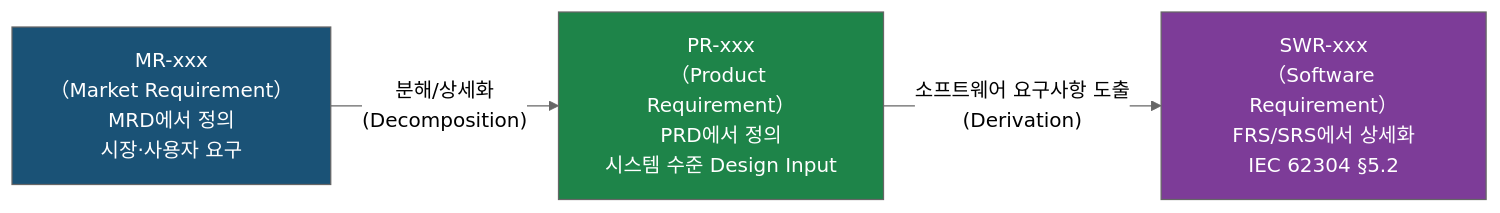
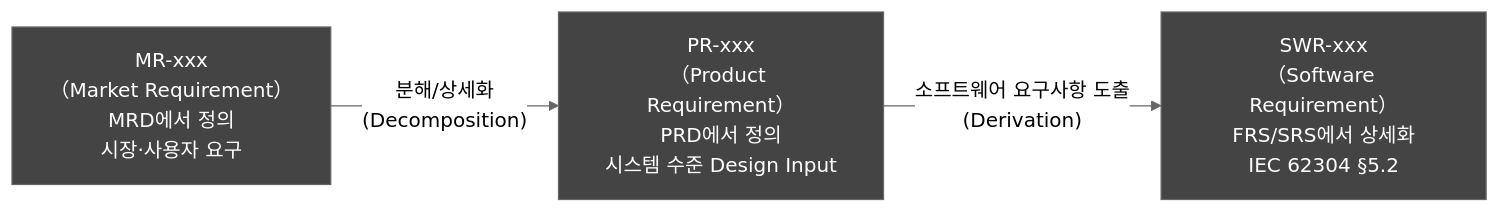
The first of 16 diagrams in docs/planning/DOC-002_PRD_v2.0.md (holee9/console-gui), drawn with Mermaid (neutral theme) before and after one commit. The commit also changed other lines of this file and 35 other files, not shown here.

First line of the commit message:
fix: 전체 Mermaid 차트 색상 진한 회색 통일

````diff
--- a/docs/planning/DOC-002_PRD_v2.0.md
+++ b/docs/planning/DOC-002_PRD_v2.0.md
@@ -74,14 +74,14 @@
 ```mermaid
 flowchart LR
     classDef default fill:#444,stroke:#666,color:#fff
     MR["MR-xxx\n（Market Requirement）\nMRD에서 정의\n시장·사용자 요구"]
     PR["PR-xxx\n（Product Requirement）\nPRD에서 정의\n시스템 수준 Design Input"]
     SWR["SWR-xxx\n（Software Requirement）\nFRS/SRS에서 상세화\nIEC 62304 §5.2"]
 
     MR -->|"분해/상세화\n(Decomposition)"| PR
     PR -->|"소프트웨어 요구사항 도출\n(Derivation)"| SWR
 
-    style MR fill:#1a5276,color:#fff
-    style PR fill:#1e8449,color:#fff
-    style SWR fill:#7d3c98,color:#fff
+    style MR fill:#444,color:#fff
+    style PR fill:#444,color:#fff
+    style SWR fill:#444,color:#fff
 ```
````
